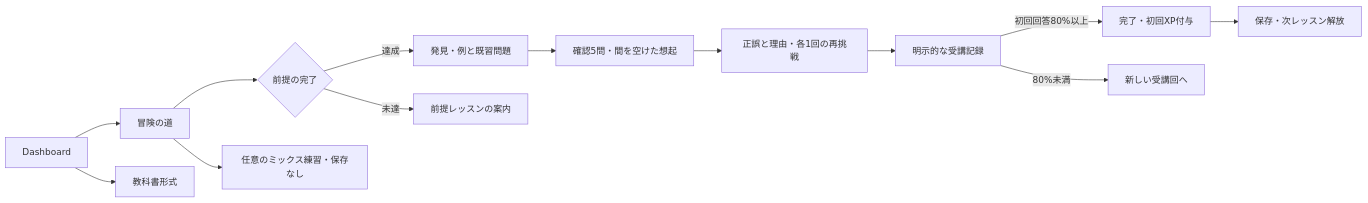
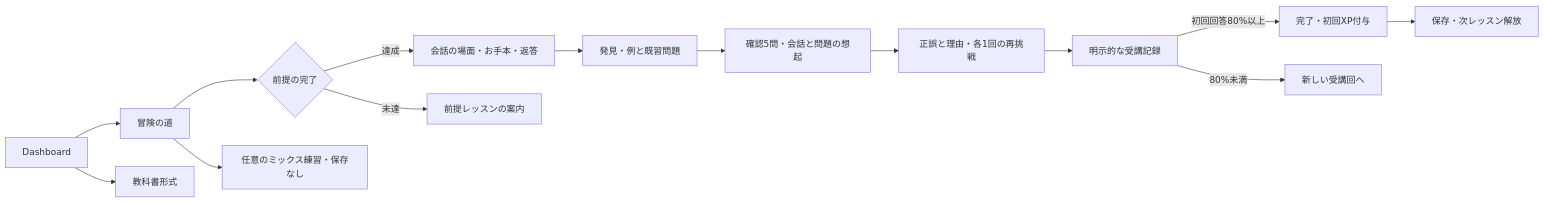
The diagram in docs/ARCHITECTURE.md (allaaffet/thai-learning-app), drawn with Mermaid before and after one commit. The commit also changed other lines of this file and 29 other files, not shown here.

````diff
--- a/docs/ARCHITECTURE.md
+++ b/docs/ARCHITECTURE.md
@@ -96,15 +105,16 @@
 ```mermaid
 flowchart LR
   D[Dashboard] --> A[冒険の道]
   A --> P{前提の完了}
-  P -->|達成| M[発見・例と既習問題]
+  P -->|達成| H[会話の場面・お手本・返答]
+  H --> M[発見・例と既習問題]
   P -->|未達| B[前提レッスンの案内]
-  M --> Q[確認5問・間を空けた想起]
+  M --> Q[確認5問・会話と問題の想起]
   Q --> F[正誤と理由・各1回の再挑戦]
   F --> V[明示的な受講記録]
   V -->|初回回答80%以上| C[完了・初回XP付与]
   V -->|80%未満| N[新しい受講回へ]
   C --> S[保存・次レッスン解放]
   A --> R[任意のミックス練習・保存なし]
   D --> T[教科書形式]
 ```
````
